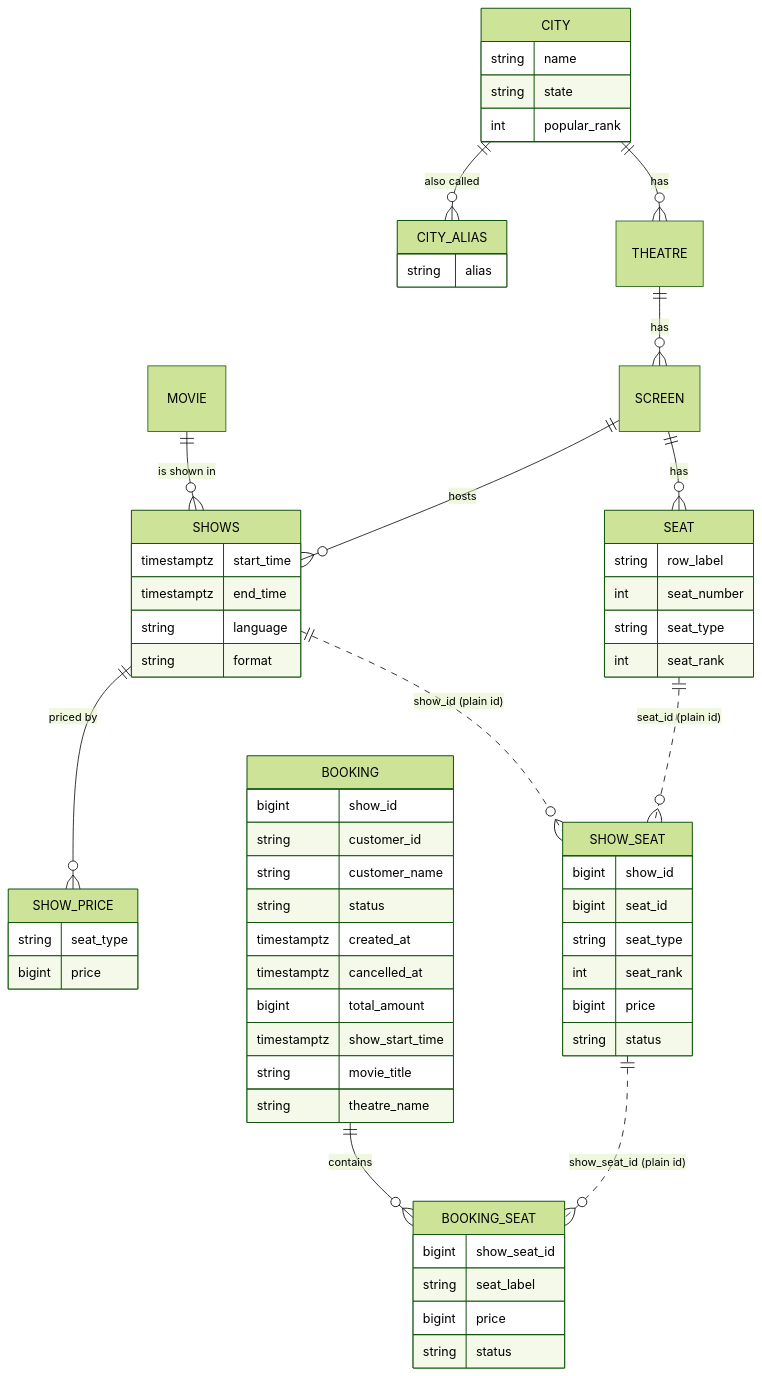
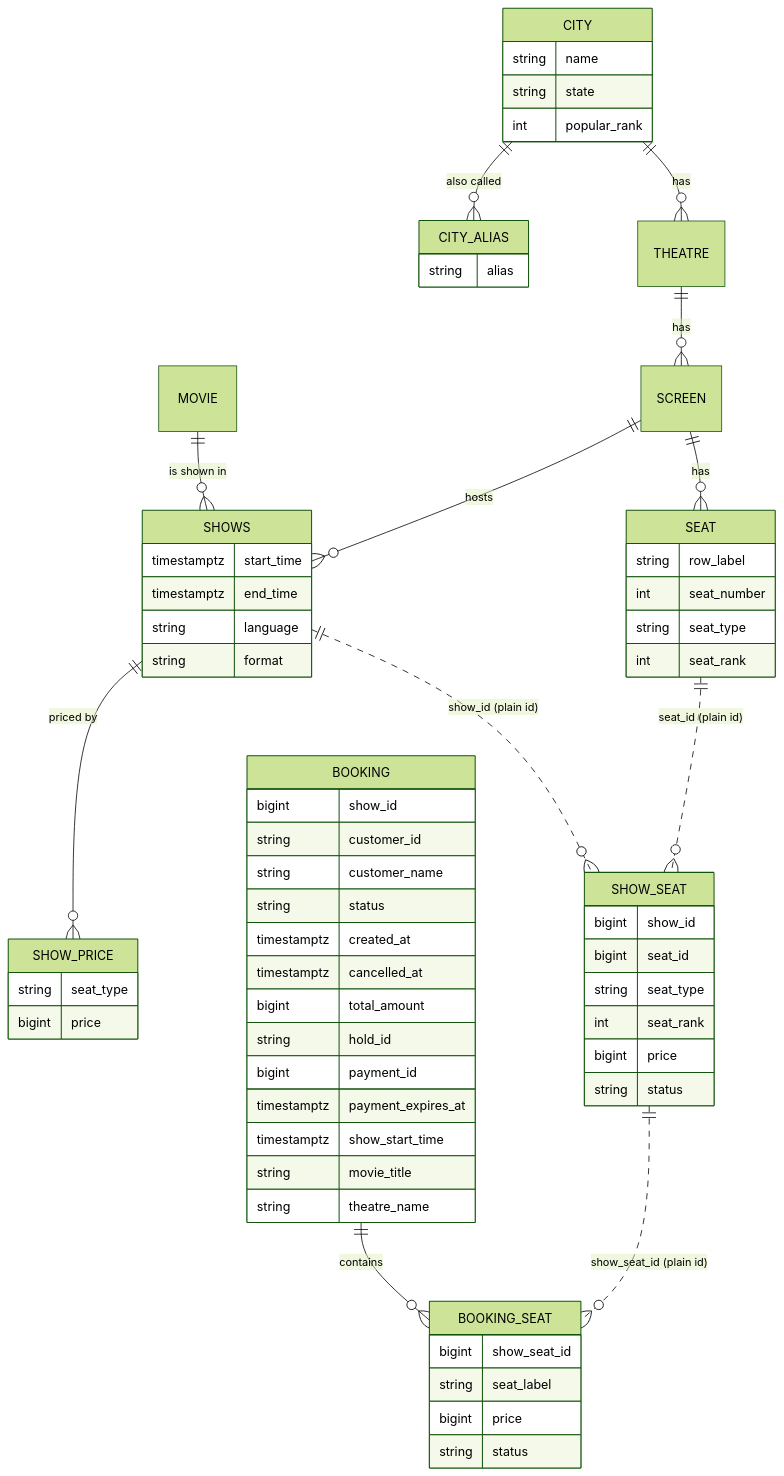
The fourth of 4 diagrams in README.md (GopiSVDev/seat-lock), drawn with Mermaid (forest theme) before and after one commit. The commit also changed other lines of this file and 147 other files, not shown here.

````diff
--- a/README.md
+++ b/README.md
@@ -320,65 +427,68 @@
 ```mermaid
 erDiagram
     CITY ||--o{ CITY_ALIAS : "also called"
     CITY ||--o{ THEATRE : has
     THEATRE ||--o{ SCREEN : has
     SCREEN ||--o{ SEAT : has
     MOVIE ||--o{ SHOWS : "is shown in"
     SCREEN ||--o{ SHOWS : hosts
     SHOWS ||--o{ SHOW_PRICE : "priced by"
     SHOWS ||..o{ SHOW_SEAT : "show_id (plain id)"
     SEAT ||..o{ SHOW_SEAT : "seat_id (plain id)"
     BOOKING ||--o{ BOOKING_SEAT : contains
     SHOW_SEAT ||..o{ BOOKING_SEAT : "show_seat_id (plain id)"
 
     CITY {
         string name
         string state
         int popular_rank
     }
     CITY_ALIAS {
         string alias
     }
     SEAT {
         string row_label
         int seat_number
         string seat_type
         int seat_rank
     }
     SHOWS {
         timestamptz start_time
         timestamptz end_time
         string language
         string format
     }
     SHOW_PRICE {
         string seat_type
         bigint price
     }
     SHOW_SEAT {
         bigint show_id
         bigint seat_id
         string seat_type
         int seat_rank
         bigint price
         string status
     }
     BOOKING {
         bigint show_id
         string customer_id
         string customer_name
         string status
         timestamptz created_at
         timestamptz cancelled_at
         bigint total_amount
+        string hold_id
+        bigint payment_id
+        timestamptz payment_expires_at
         timestamptz show_start_time
         string movie_title
         string theatre_name
     }
     BOOKING_SEAT {
         bigint show_seat_id
         string seat_label
         bigint price
         string status
     }
 ```
````
